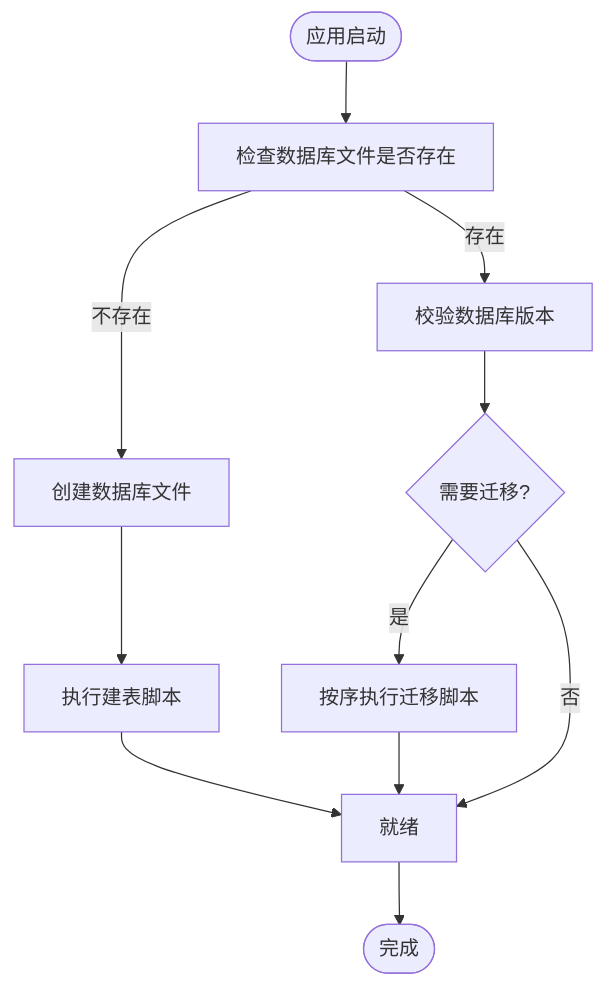
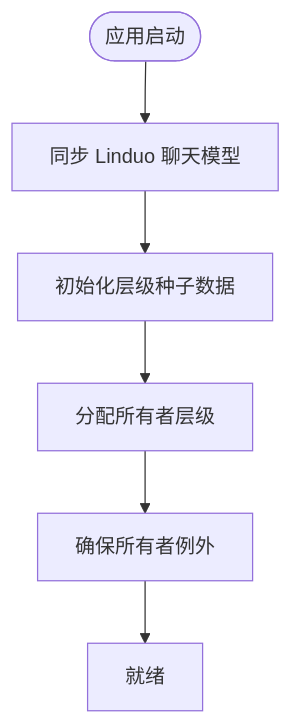
The third of 5 diagrams in .qoder/repowiki/zh/content/数据模型/数据库模式设计.md (iljahofbauer219-lang/yandu), drawn with Mermaid before and after one commit. The commit also changed other lines of this file and 340 other files, not shown here.

````diff
--- a/.qoder/repowiki/zh/content/数据模型/数据库模式设计.md
+++ b/.qoder/repowiki/zh/content/数据模型/数据库模式设计.md
@@ -85,13 +119,8 @@
 ```mermaid
 flowchart TD
-Start(["应用启动"]) --> CheckDB["检查数据库文件是否存在"]
-CheckDB --> |不存在| CreateDB["创建数据库文件"]
-CheckDB --> |存在| VerifyVersion["校验数据库版本"]
-CreateDB --> InitSchema["执行建表脚本"]
-VerifyVersion --> NeedMigrate{"需要迁移?"}
-NeedMigrate --> |是| RunMigrations["按序执行迁移脚本"]
-NeedMigrate --> |否| Ready["就绪"]
-InitSchema --> Ready
-RunMigrations --> Ready
-Ready --> End(["完成"])
+Start(["应用启动"]) --> SyncModels["同步 Linduo 聊天模型"]
+SyncModels --> SeedTiers["初始化层级种子数据"]
+SeedTiers --> AssignOwners["分配所有者层级"]
+AssignOwners --> EnsureExceptions["确保所有者例外"]
+EnsureExceptions --> Ready["就绪"]
 ```
````
